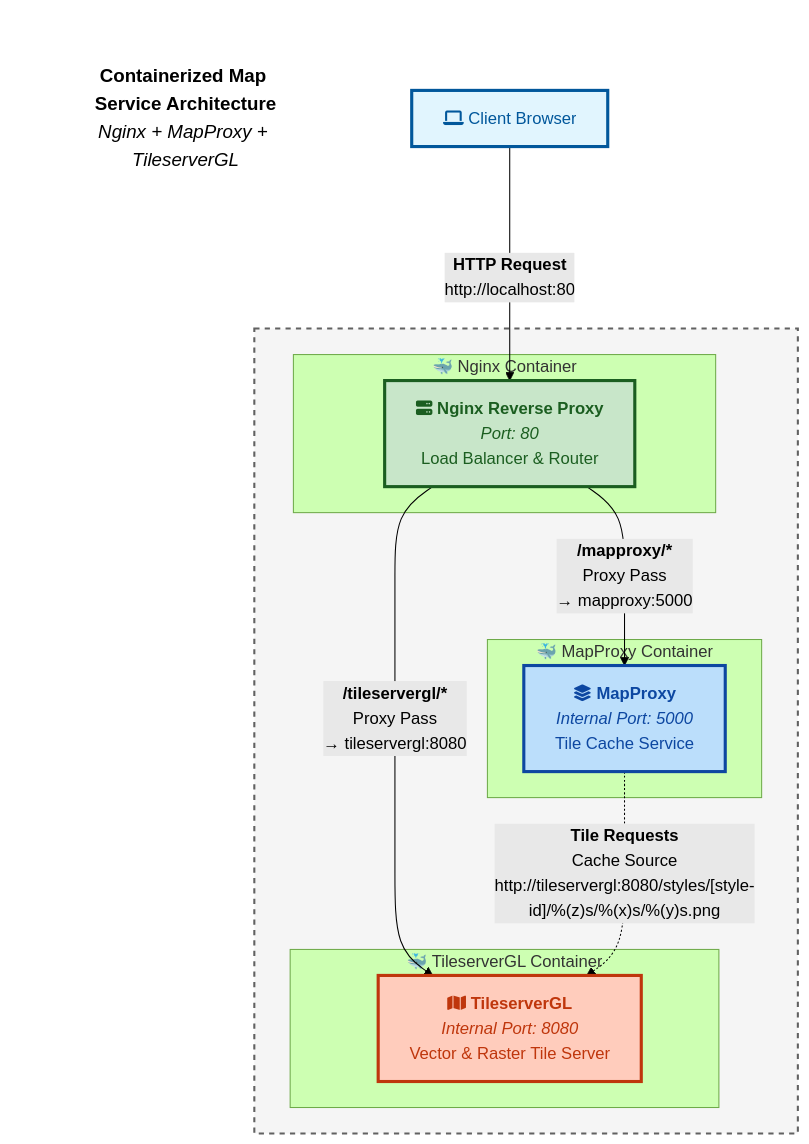
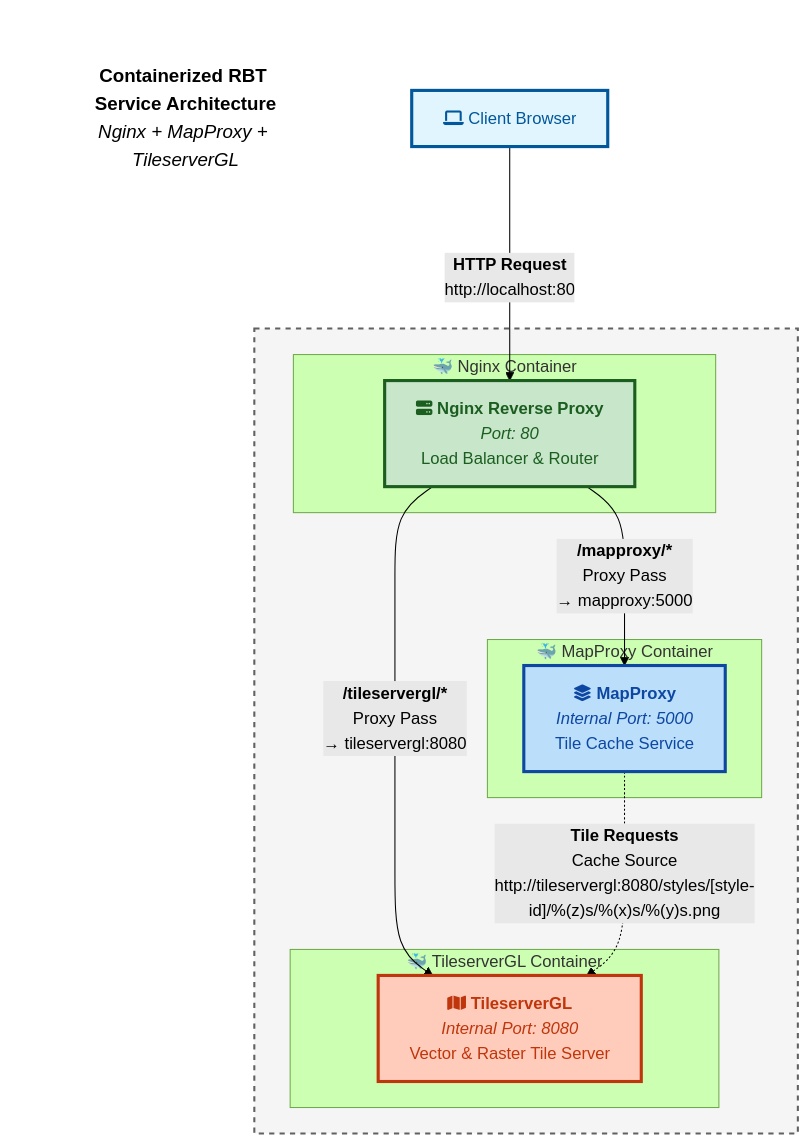
The diagram in README.md (mjj203/agc-rbt), drawn with Mermaid (forest theme) before and after one commit.

Commit message:
update diagram

````diff
--- a/README.md
+++ b/README.md
@@ -58,49 +58,49 @@
 ```mermaid
 graph TB
     %% Define styles
     classDef clientStyle fill:#e1f5fe,stroke:#01579b,stroke-width:3px,color:#01579b
     classDef nginxStyle fill:#c8e6c9,stroke:#1b5e20,stroke-width:3px,color:#1b5e20
     classDef mapproxyStyle fill:#bbdefb,stroke:#0d47a1,stroke-width:3px,color:#0d47a1
     classDef tileserverStyle fill:#ffccbc,stroke:#bf360c,stroke-width:3px,color:#bf360c
     classDef networkStyle fill:#f5f5f5,stroke:#616161,stroke-width:2px,stroke-dasharray: 5 5
     
     %% Client
     CLIENT[fa:fa-laptop Client Browser]:::clientStyle
     
     %% Docker Network Container
     subgraph DOCKER_NET[" "]
         %% Nginx Container
         subgraph NGINX_CONTAINER["🐳 Nginx Container"]
             NGINX[fa:fa-server <b>Nginx Reverse Proxy</b><br/><i>Port: 80</i><br/>Load Balancer & Router]:::nginxStyle
         end
         
         %% MapProxy Container
         subgraph MAPPROXY_CONTAINER["🐳 MapProxy Container"]
             MP[fa:fa-layer-group <b>MapProxy</b><br/><i>Internal Port: 5000</i><br/>Tile Cache Service]:::mapproxyStyle
         end
         
         %% TileserverGL Container
         subgraph TILESERVER_CONTAINER["🐳 TileserverGL Container"]
             TS[fa:fa-map <b>TileserverGL</b><br/><i>Internal Port: 8080</i><br/>Vector & Raster Tile Server]:::tileserverStyle
         end
     end
     
     %% Connections
     CLIENT -->|"<b>HTTP Request</b><br/>http://localhost:80"| NGINX
     
     NGINX -->|"<b>/mapproxy/*</b><br/>Proxy Pass<br/>→ mapproxy:5000"| MP
     NGINX -->|"<b>/tileservergl/*</b><br/>Proxy Pass<br/>→ tileservergl:8080"| TS
     
     MP -.->|"<b>Tile Requests</b><br/>Cache Source<br/>http://tileservergl:8080/styles/[style-id]/%(z)s/%(x)s/%(y)s.png"| TS
     
     %% Apply network style
     class DOCKER_NET networkStyle
     
     %% Add title
     subgraph TITLE[" "]
-        T[<b>Containerized Map Service Architecture</b><br/><i>Nginx + MapProxy + TileserverGL</i>]
+        T[<b>Containerized RBT Service Architecture</b><br/><i>Nginx + MapProxy + TileserverGL</i>]
     end
     
     style TITLE fill:none,stroke:none
     style T fill:none,stroke:none,font-size:18px
 ```
````
